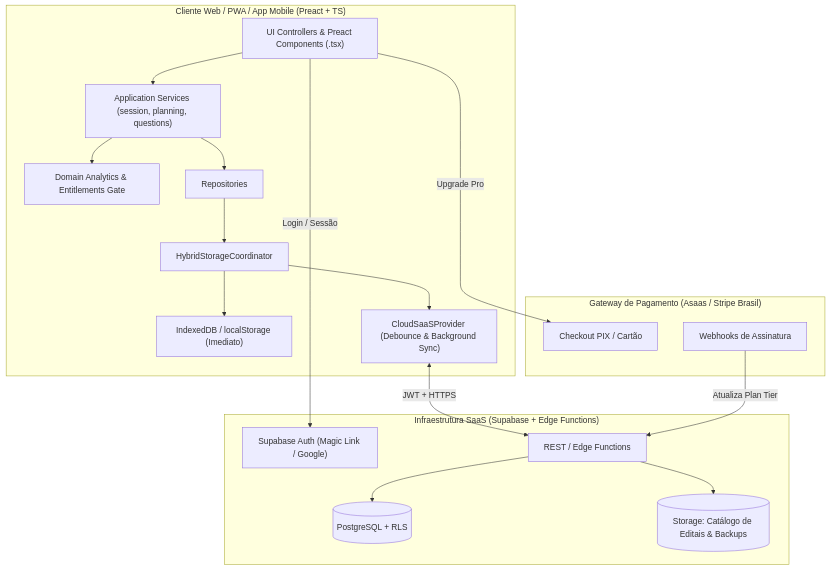
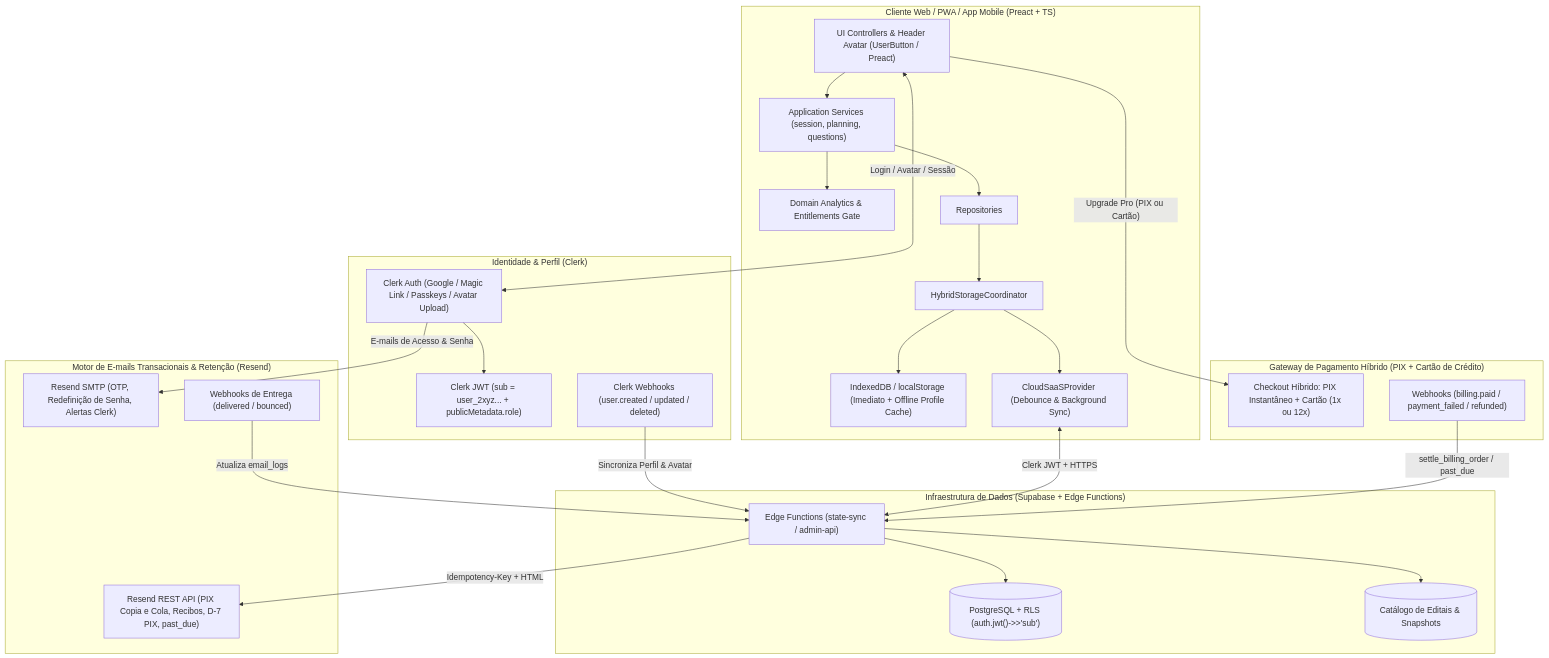
Before and after one commit to vitoriapac/Extrato: the first of 2 diagrams in docs/PLANO-TRANSFORMACAO-SAAS.md, drawn with Mermaid. The commit also changed other lines of this file and 68 other files, not shown here.

````diff
--- a/docs/PLANO-TRANSFORMACAO-SAAS.md
+++ b/docs/PLANO-TRANSFORMACAO-SAAS.md
@@ -18,30 +18,46 @@
 ```mermaid
 flowchart TB
     subgraph Client ["Cliente Web / PWA / App Mobile (Preact + TS)"]
-        UI["UI Controllers & Preact Components (.tsx)"] --> APP["Application Services (session, planning, questions)"]
+        UI["UI Controllers & Header Avatar (UserButton / Preact)"] --> APP["Application Services (session, planning, questions)"]
         APP --> DOMAIN["Domain Analytics & Entitlements Gate"]
         APP --> REPO["Repositories"]
         REPO --> HYBRID["HybridStorageCoordinator"]
-        HYBRID --> LOCAL["IndexedDB / localStorage (Imediato)"]
+        HYBRID --> LOCAL["IndexedDB / localStorage (Imediato + Offline Profile Cache)"]
         HYBRID --> CLOUD_PROV["CloudSaaSProvider (Debounce & Background Sync)"]
     end
 
-    subgraph Backend ["Infraestrutura SaaS (Supabase + Edge Functions)"]
-        AUTH["Supabase Auth (Magic Link / Google)"]
-        API["REST / Edge Functions"]
-        DB[("PostgreSQL + RLS")]
-        STORAGE_BUCKET[("Storage: Catálogo de Editais & Backups")]
+    subgraph Identity ["Identidade & Perfil (Clerk)"]
+        CLERK_AUTH["Clerk Auth (Google / Magic Link / Passkeys / Avatar Upload)"]
+        CLERK_JWT["Clerk JWT (sub = user_2xyz... + publicMetadata.role)"]
+        CLERK_WEBHOOK["Clerk Webhooks (user.created / updated / deleted)"]
     end
 
-    subgraph Billing ["Gateway de Pagamento (Asaas / Stripe Brasil)"]
-        CHECKOUT["Checkout PIX / Cartão"]
-        WEBHOOK["Webhooks de Assinatura"]
+    subgraph Backend ["Infraestrutura de Dados (Supabase + Edge Functions)"]
+        API["Edge Functions (state-sync / admin-api)"]
+        DB[("PostgreSQL + RLS (auth.jwt()->>'sub')")]
+        STORAGE_BUCKET[("Catálogo de Editais & Snapshots")]
     end
 
-    CLOUD_PROV <-->|"JWT + HTTPS"| API
+    subgraph Billing ["Gateway de Pagamento Híbrido (PIX + Cartão de Crédito)"]
+        CHECKOUT["Checkout Híbrido: PIX Instantâneo + Cartão (1x ou 12x)"]
+        WEBHOOK["Webhooks (billing.paid / payment_failed / refunded)"]
+    end
+
+    subgraph Messaging ["Motor de E-mails Transacionais & Retenção (Resend)"]
+        RESEND_SMTP["Resend SMTP (OTP, Redefinição de Senha, Alertas Clerk)"]
+        RESEND_API["Resend REST API (PIX Copia e Cola, Recibos, D-7 PIX, past_due)"]
+        RESEND_WH["Webhooks de Entrega (delivered / bounced)"]
+    end
+
+    UI <-->|"Login / Avatar / Sessão"| CLERK_AUTH
+    CLERK_AUTH --> CLERK_JWT
+    CLERK_AUTH -->|"E-mails de Acesso & Senha"| RESEND_SMTP
+    CLERK_WEBHOOK -->|"Sincroniza Perfil & Avatar"| API
+    CLOUD_PROV <-->|"Clerk JWT + HTTPS"| API
     API --> DB
     API --> STORAGE_BUCKET
-    UI -->|"Login / Sessão"| AUTH
-    UI -->|"Upgrade Pro"| CHECKOUT
-    WEBHOOK -->|"Atualiza Plan Tier"| API
+    API -->|"Idempotency-Key + HTML"| RESEND_API
+    RESEND_WH -->|"Atualiza email_logs"| API
+    UI -->|"Upgrade Pro (PIX ou Cartão)"| CHECKOUT
+    WEBHOOK -->|"settle_billing_order / past_due"| API
 ```
````
